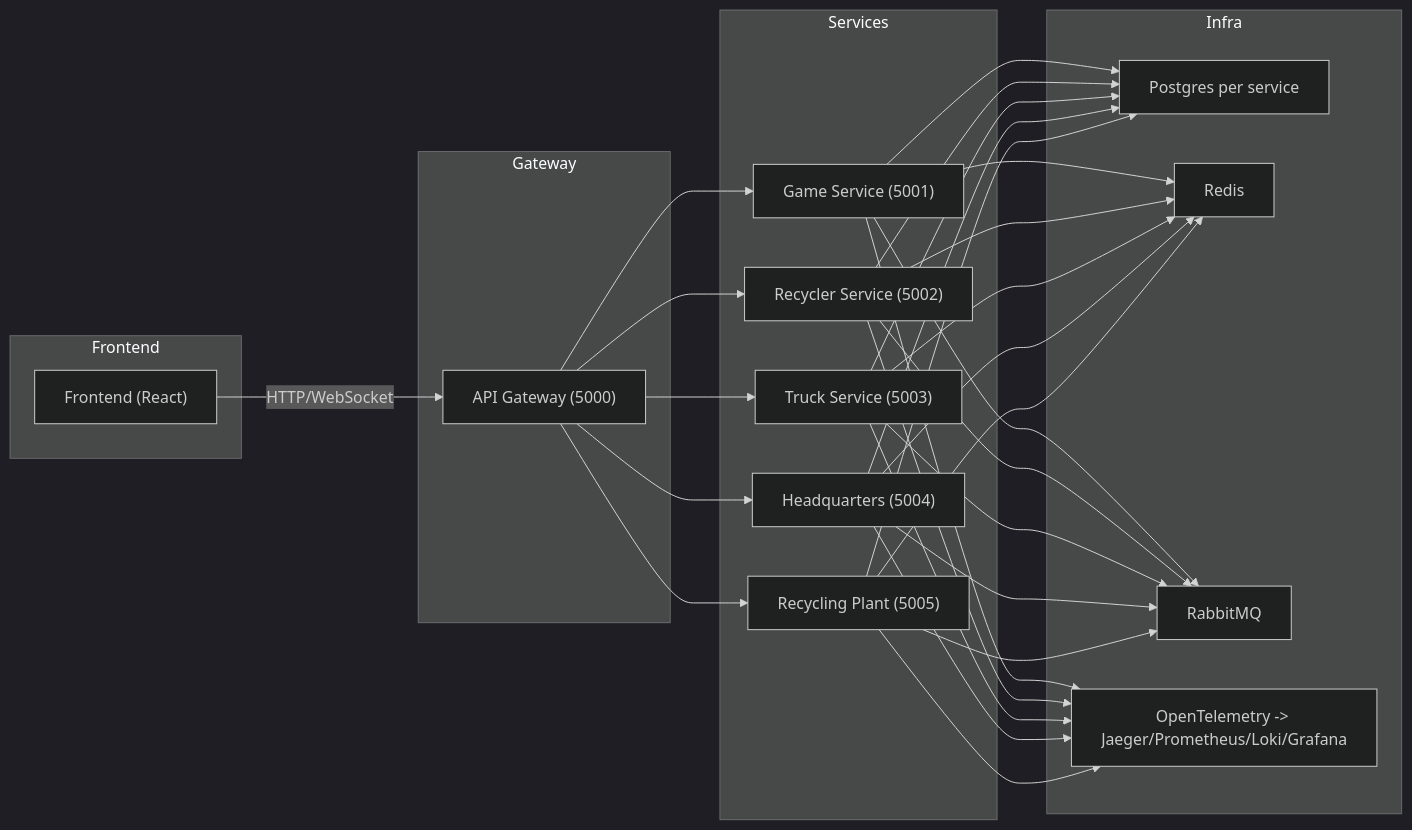
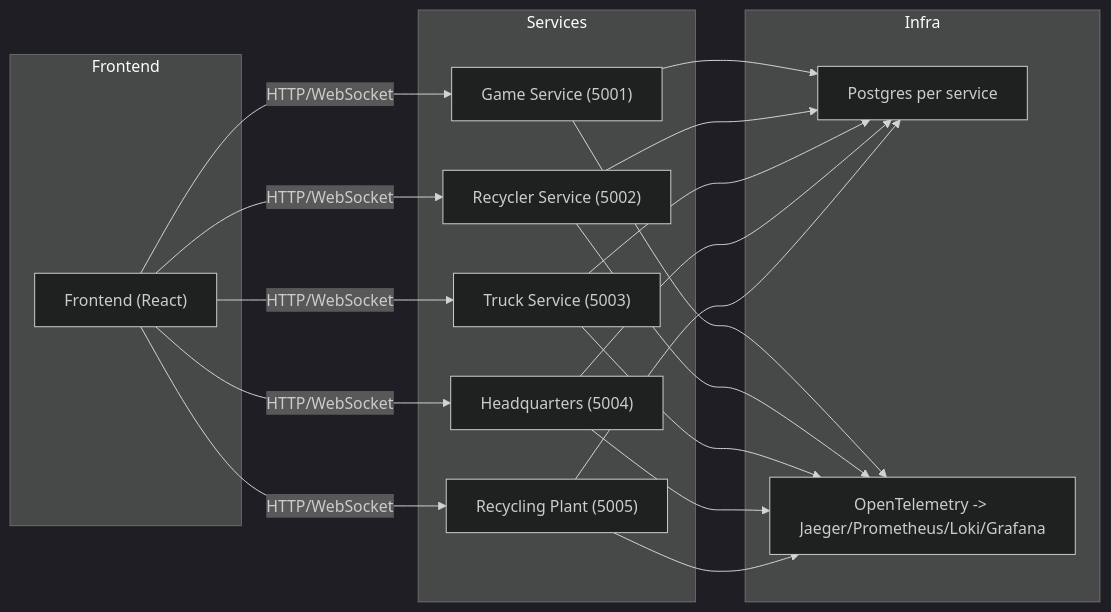
The diagram in docs/ARCHITECTURE.md (RangerChris/bottle-tycoon-microservice), drawn with Mermaid (dark theme) before and after one commit. The commit also changed other lines of this file and 45 other files, not shown here.

Commit message:
Refactor architecture to simplify microservices demo by removing RabbitMQ, Redis, and API Gateway; services now communicate via direct HTTP APIs

````diff
--- a/docs/ARCHITECTURE.md
+++ b/docs/ARCHITECTURE.md
@@ -82,52 +58,35 @@
 ```mermaid
 flowchart LR
   subgraph Frontend
     FE["Frontend (React)"]
-  end
-
-  subgraph Gateway
-    GW["API Gateway (5000)"]
   end
 
   subgraph Services
     GS["Game Service (5001)"]
     RS["Recycler Service (5002)"]
     TS["Truck Service (5003)"]
     HQ["Headquarters (5004)"]
     PS["Recycling Plant (5005)"]
   end
 
   subgraph Infra
     PG["Postgres per service"]
-    RD["Redis"]
-    RMQ["RabbitMQ"]
     OBS["OpenTelemetry -> Jaeger/Prometheus/Loki/Grafana"]
   end
 
-  FE -->|HTTP/WebSocket| GW
-  GW --> GS
-  GW --> RS
-  GW --> TS
-  GW --> HQ
-  GW --> PS
+  FE -->|HTTP/WebSocket| GS
+  FE -->|HTTP/WebSocket| RS
+  FE -->|HTTP/WebSocket| TS
+  FE -->|HTTP/WebSocket| HQ
+  FE -->|HTTP/WebSocket| PS
   GS --> PG
   RS --> PG
   TS --> PG
   HQ --> PG
   PS --> PG
-  GS --> RD
-  RS --> RD
-  TS --> RD
-  HQ --> RD
-  PS --> RD
-  GS --> RMQ
-  RS --> RMQ
-  TS --> RMQ
-  HQ --> RMQ
-  PS --> RMQ
   GS --> OBS
   RS --> OBS
   TS --> OBS
   HQ --> OBS
   PS --> OBS
 ```
````
